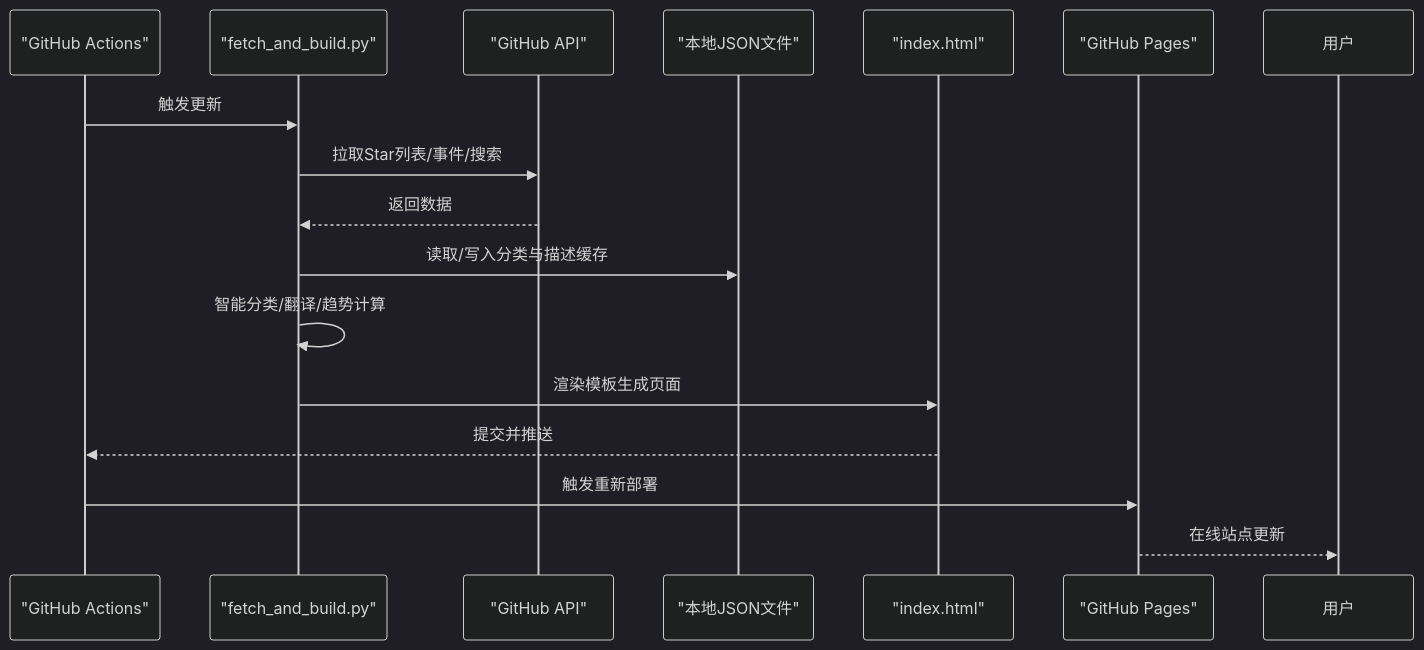
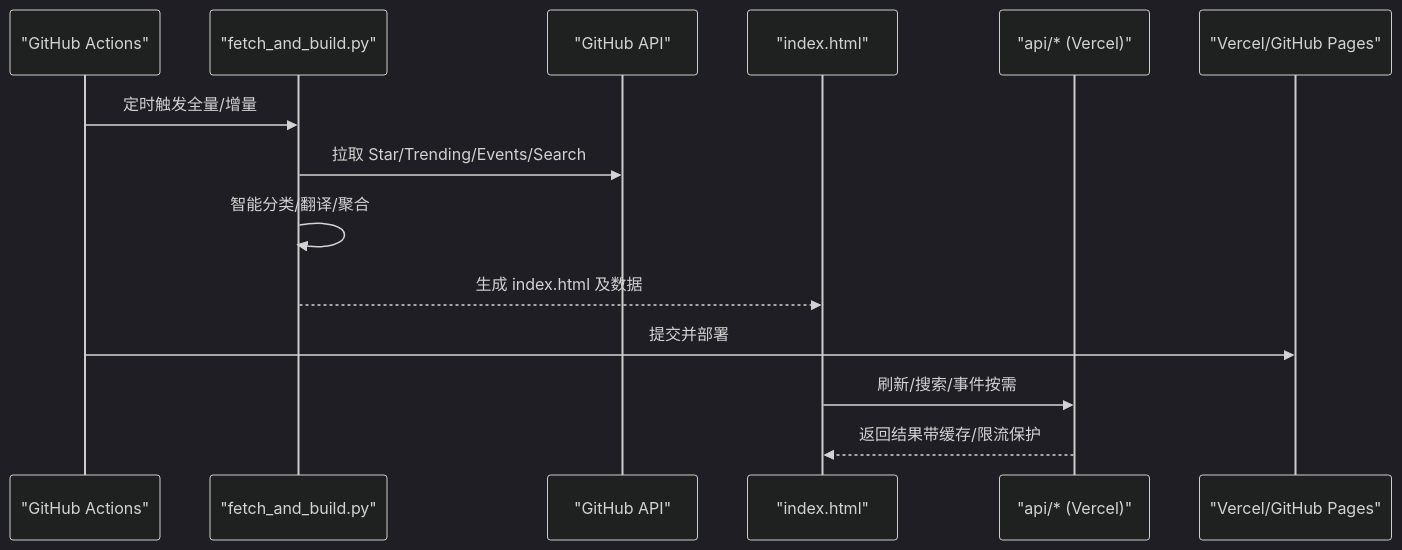
One commit to Kwei168/starhub changed the second of 7 diagrams in .qoder/repowiki/zh/content/项目概述.md. Above: the diagram before and after it, drawn with Mermaid (dark theme). The commit also changed other lines of this file and 126 other files, not shown here.

````diff
--- a/.qoder/repowiki/zh/content/项目概述.md
+++ b/.qoder/repowiki/zh/content/项目概述.md
@@ -101,18 +102,16 @@
 ```mermaid
 sequenceDiagram
-participant Cron as "GitHub Actions"
+participant CI as "GitHub Actions"
 participant Py as "fetch_and_build.py"
 participant GH as "GitHub API"
-participant FS as "本地JSON文件"
-participant Web as "index.html"
-participant Pages as "GitHub Pages"
-Cron->>Py : 触发更新
-Py->>GH : 拉取Star列表/事件/搜索
-GH-->>Py : 返回数据
-Py->>FS : 读取/写入分类与描述缓存
-Py->>Py : 智能分类/翻译/趋势计算
-Py->>Web : 渲染模板生成页面
-Web-->>Cron : 提交并推送
-Cron->>Pages : 触发重新部署
-Pages-->>用户 : 在线站点更新
+participant FE as "index.html"
+participant API as "api/* (Vercel)"
+participant V as "Vercel/GitHub Pages"
+CI->>Py : 定时触发全量/增量
+Py->>GH : 拉取 Star/Trending/Events/Search
+Py->>Py : 智能分类/翻译/聚合
+Py-->>FE : 生成 index.html 及数据
+CI->>V : 提交并部署
+FE->>API : 刷新/搜索/事件按需
+API-->>FE : 返回结果带缓存/限流保护
 ```
````
